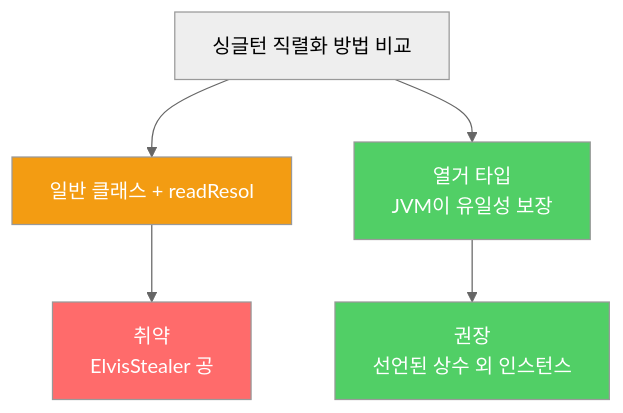
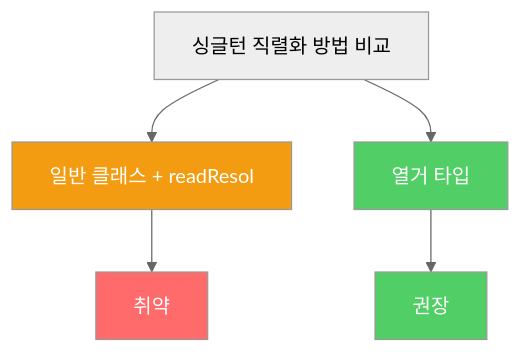
The diagram in _posts/java/2022-03-13-effective-java89.md (yjkim2015/yjkim2015.github.io), drawn with Mermaid (neutral theme) before and after one commit. The commit also changed 217 other files, not shown here.

First line of the commit message:
Mermaid 크기 수정: useMaxWidth:true + SVG max-width:100% + 라벨 축소

````diff
--- a/_posts/java/2022-03-13-effective-java89.md
+++ b/_posts/java/2022-03-13-effective-java89.md
@@ -103,11 +103,11 @@
 ```mermaid
 graph TD
     A["싱글턴 직렬화 방법 비교"] --> B["일반 클래스 + readResol"]
-    A --> C["열거 타입\nJVM이 유일성 보장"]
-    B --> D["취약\nElvisStealer 공"]
-    C --> E["권장\n선언된 상수 외 인스턴스"]
+    A --> C["열거 타입"]
+    B --> D["취약"]
+    C --> E["권장"]
     style B fill:#f39c12,color:#fff
     style C fill:#51cf66,color:#fff
     style D fill:#ff6b6b,color:#fff
     style E fill:#51cf66,color:#fff
 ```
````
